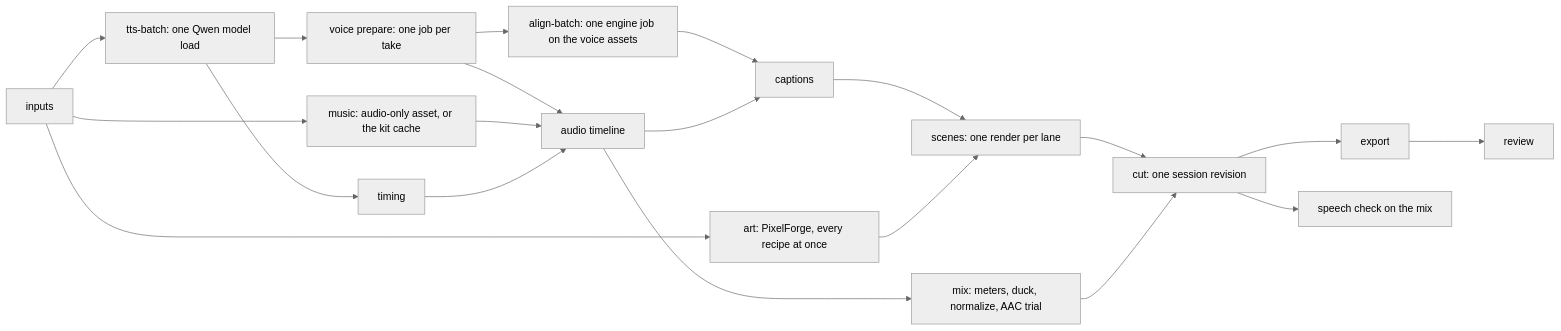
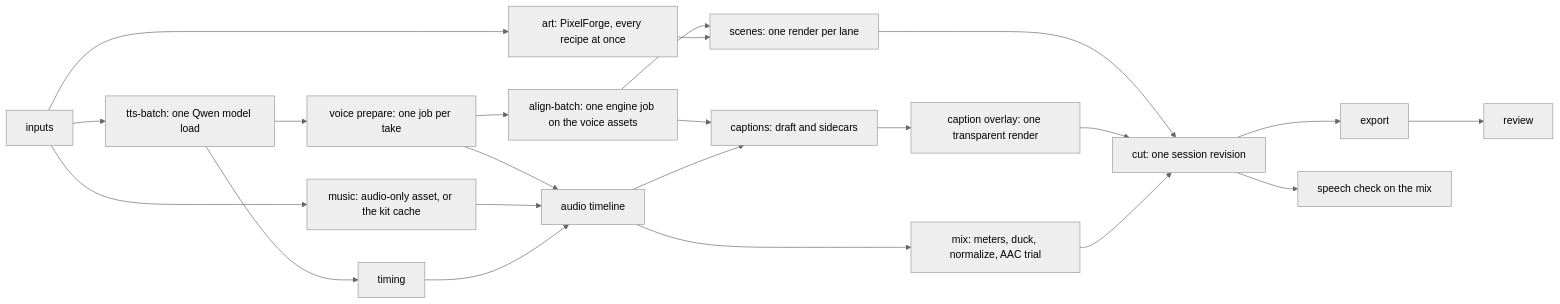
Before and after one commit to skulitom/Cutbolt: the diagram in docs/PRODUCTION.md, drawn with Mermaid (neutral theme). The commit also changed other lines of this file and 6 other files, not shown here.

First line of the commit message:
Burn production captions as one overlay; report words heard without narration

````diff
--- a/docs/PRODUCTION.md
+++ b/docs/PRODUCTION.md
@@ -162,22 +162,24 @@
 ```mermaid
 flowchart LR
     I[inputs] --> A[art: PixelForge, every recipe at once]
     I --> T[tts-batch: one Qwen model load]
     I --> M[music: audio-only asset, or the kit cache]
     T --> V[voice prepare: one job per take]
     T --> TM[timing]
     V --> AU[audio timeline]
     M --> AU
     TM --> AU
     AU --> X[mix: meters, duck, normalize, AAC trial]
     V --> L[align-batch: one engine job on the voice assets]
-    L --> C[captions]
+    L --> C[captions: draft and sidecars]
     AU --> C
-    C --> S[scenes: one render per lane]
+    C --> CO[caption overlay: one transparent render]
+    L --> S[scenes: one render per lane]
     A --> S
     S --> CUT[cut: one session revision]
+    CO --> CUT
     X --> CUT
     CUT --> E[export]
     CUT --> SP[speech check on the mix]
     E --> R[review]
 ```
````
